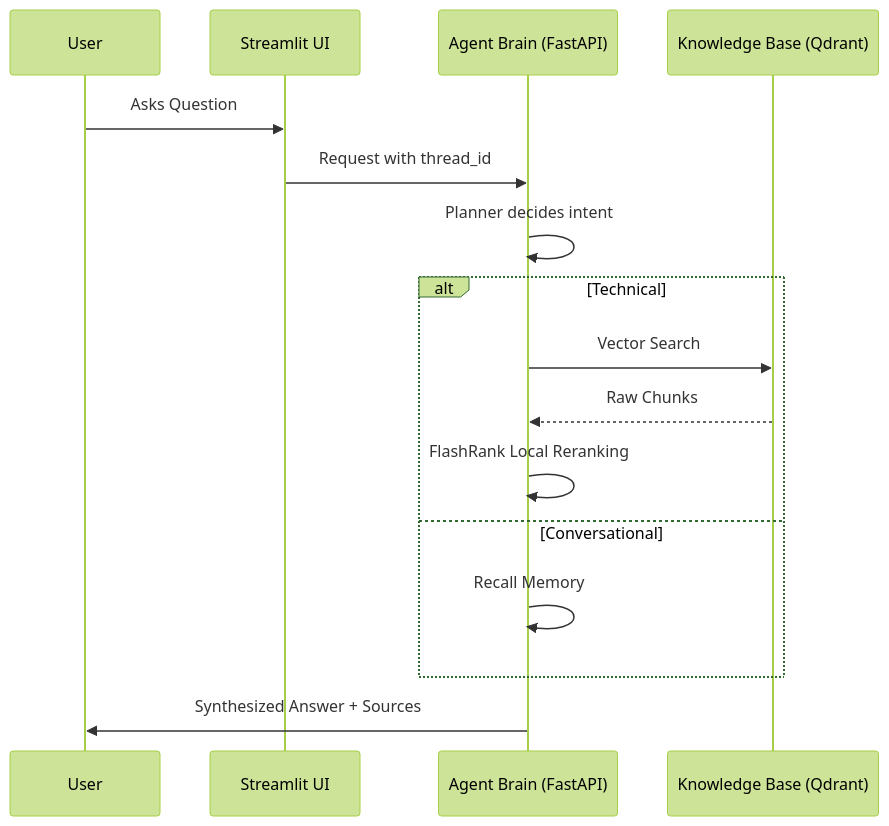
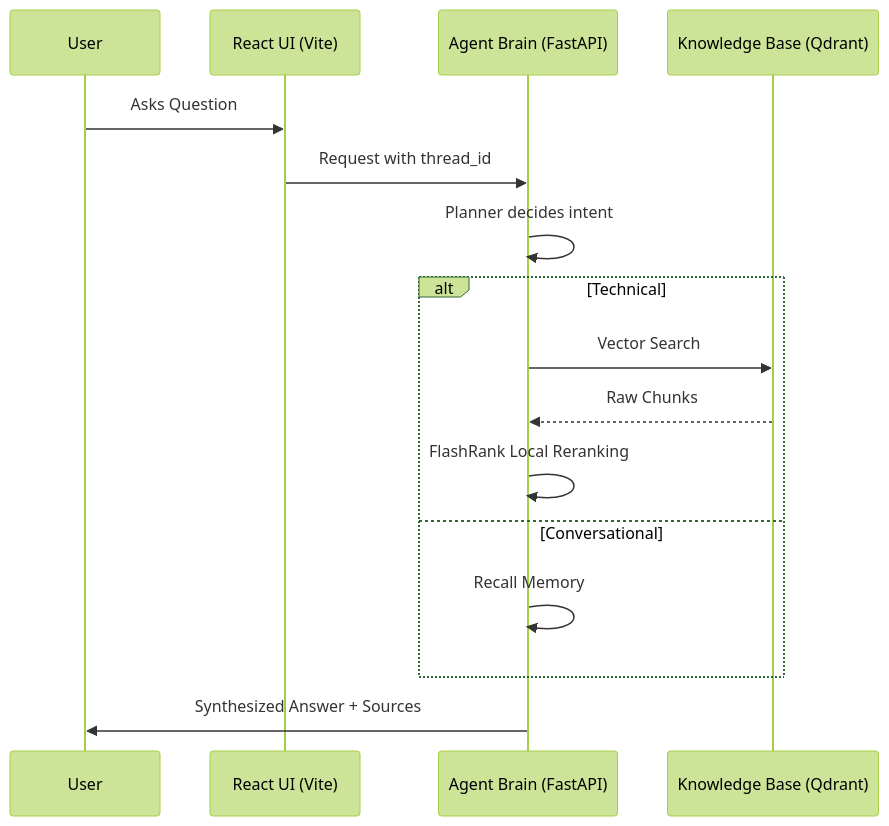
The diagram in DOCS/01_SYSTEM_OVERVIEW.md (maheshnallada/KubeAegis), drawn with Mermaid (forest theme) before and after one commit. The commit also changed other lines of this file and 44 other files, not shown here.

````diff
--- a/DOCS/01_SYSTEM_OVERVIEW.md
+++ b/DOCS/01_SYSTEM_OVERVIEW.md
@@ -17,19 +17,19 @@
 ```mermaid
 sequenceDiagram
     participant User
-    participant UI as Streamlit UI
+    participant UI as React UI (Vite)
     participant Agent as Agent Brain (FastAPI)
     participant Data as Knowledge Base (Qdrant)
 
     User->>UI: Asks Question
     UI->>Agent: Request with thread_id
     Agent->>Agent: Planner decides intent
     alt Technical
         Agent->>Data: Vector Search
         Data-->>Agent: Raw Chunks
         Agent->>Agent: FlashRank Local Reranking
     else Conversational
         Agent->>Agent: Recall Memory
     end
     Agent->>User: Synthesized Answer + Sources
 ```
````
